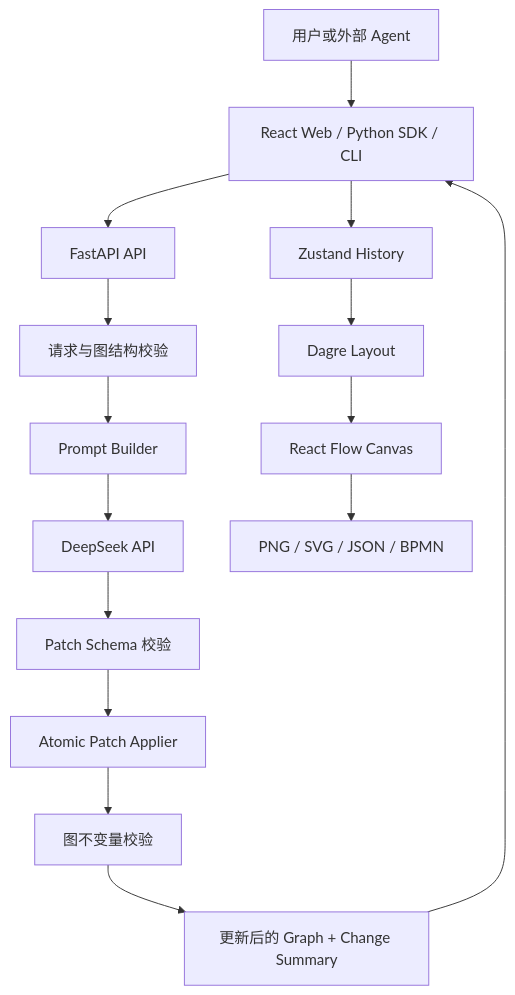
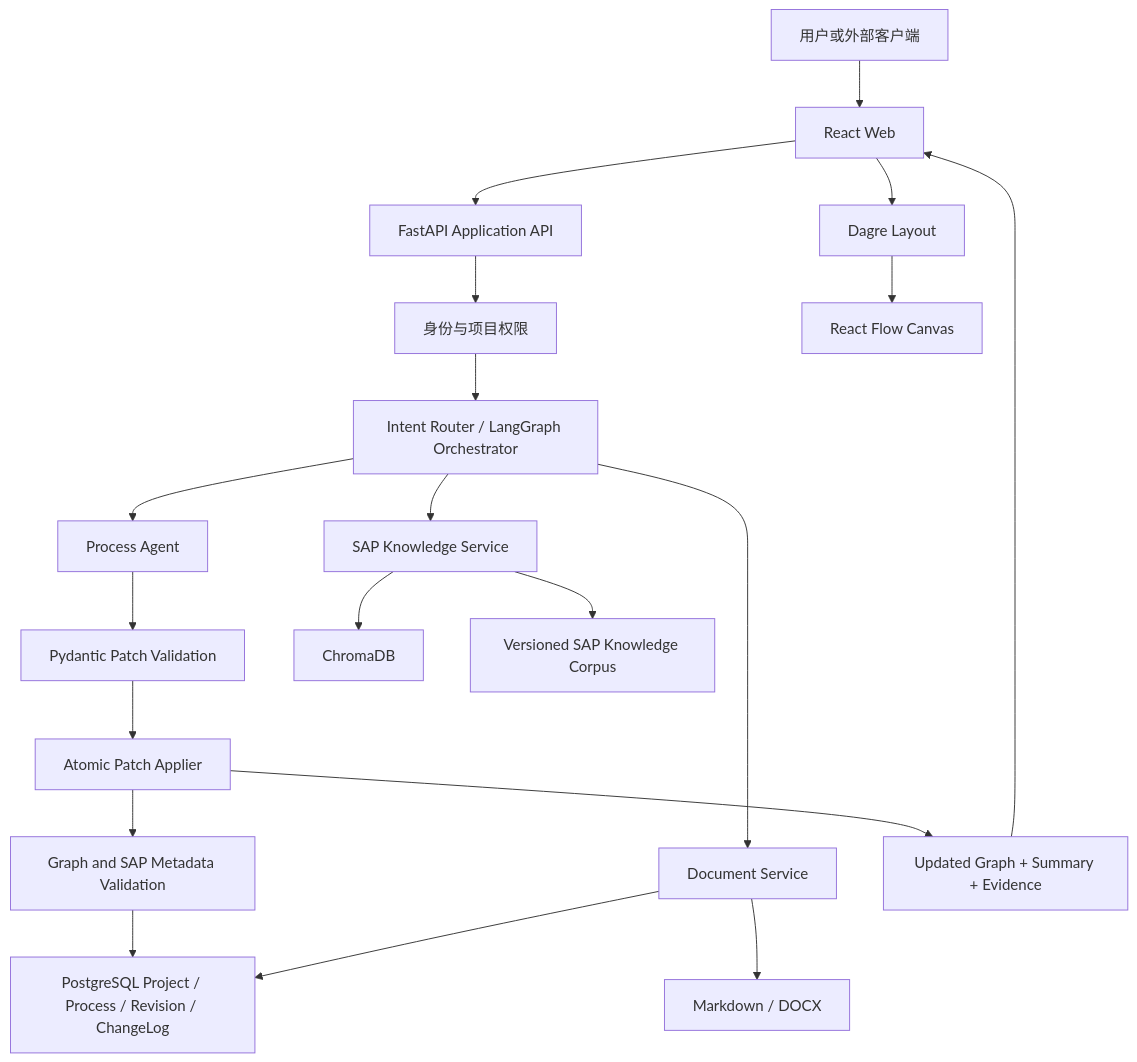
Before and after one commit to Mortoncmo/SAP-Ai-Flow: the diagram in IMPLEMENTATION.md, drawn with Mermaid. The commit also changed other lines of this file and 82 other files, not shown here.

Commit message:
implement SAP blueprint agent baseline

````diff
--- a/IMPLEMENTATION.md
+++ b/IMPLEMENTATION.md
@@ -96,17 +231,22 @@
 ```mermaid
 flowchart TB
-    U["用户或外部 Agent"] --> W["React Web / Python SDK / CLI"]
-    W --> API["FastAPI API"]
-    API --> V1["请求与图结构校验"]
-    V1 --> P["Prompt Builder"]
-    P --> LLM["DeepSeek API"]
-    LLM --> V2["Patch Schema 校验"]
-    V2 --> A["Atomic Patch Applier"]
-    A --> V3["图不变量校验"]
-    V3 --> R["更新后的 Graph + Change Summary"]
-    R --> W
-    W --> H["Zustand History"]
-    H --> D["Dagre Layout"]
-    D --> C["React Flow Canvas"]
-    C --> E["PNG / SVG / JSON / BPMN"]
+    U["用户或外部客户端"] --> WEB["React Web"]
+    WEB --> API["FastAPI Application API"]
+    API --> AUTH["身份与项目权限"]
+    AUTH --> ORCH["Intent Router / LangGraph Orchestrator"]
+    ORCH --> PROC["Process Agent"]
+    ORCH --> KNOW["SAP Knowledge Service"]
+    ORCH --> DOC["Document Service"]
+    PROC --> PATCH["Pydantic Patch Validation"]
+    PATCH --> APPLY["Atomic Patch Applier"]
+    APPLY --> RULES["Graph and SAP Metadata Validation"]
+    KNOW --> VECTOR["ChromaDB"]
+    KNOW --> CORPUS["Versioned SAP Knowledge Corpus"]
+    RULES --> DB["PostgreSQL Project / Process / Revision / ChangeLog"]
+    DOC --> DB
+    DOC --> EXPORT["Markdown / DOCX"]
+    APPLY --> RESULT["Updated Graph + Summary + Evidence"]
+    RESULT --> WEB
+    WEB --> LAYOUT["Dagre Layout"]
+    LAYOUT --> CANVAS["React Flow Canvas"]
 ```
````
